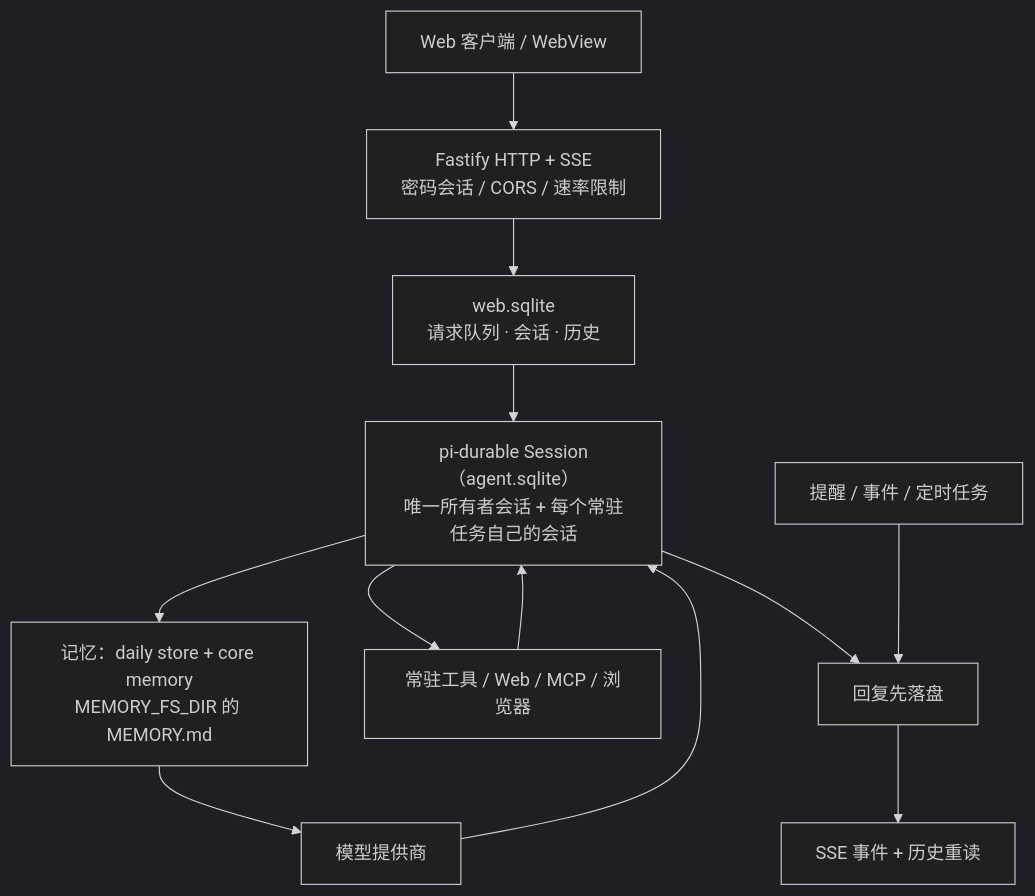
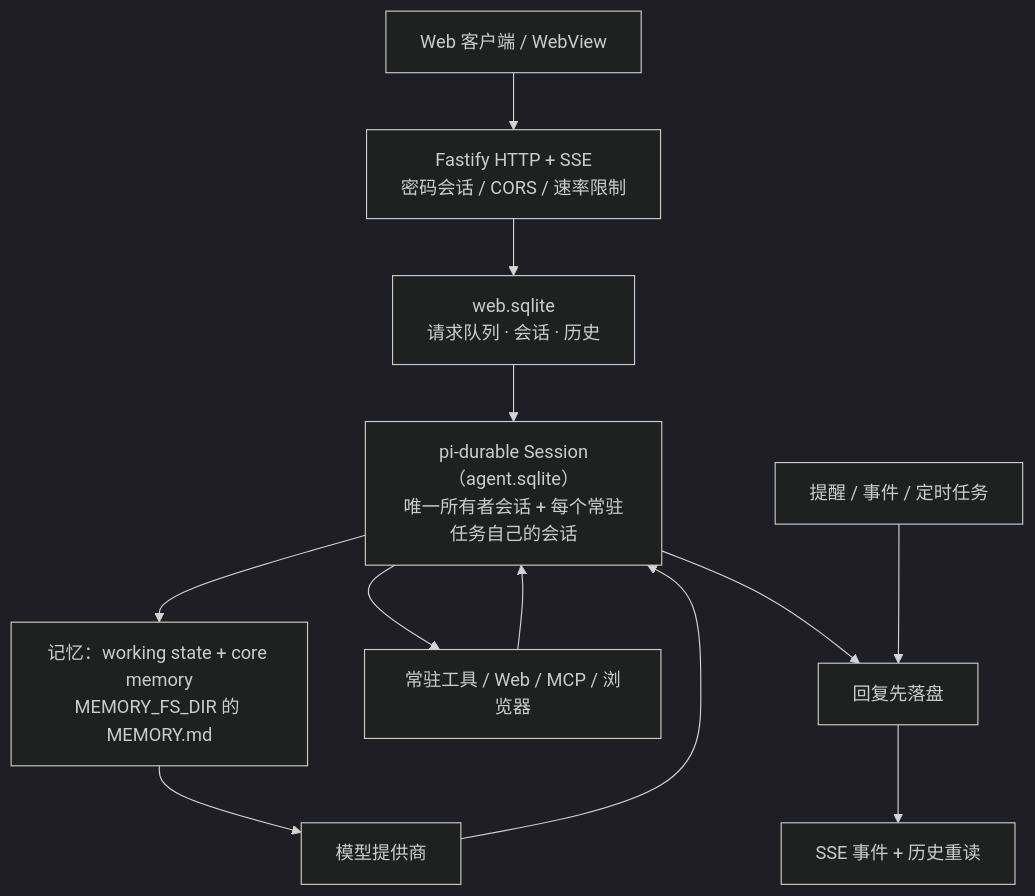
Before and after one commit to NaoYUN77/Aster: the diagram in README.md, drawn with Mermaid (dark theme). The commit also changed other lines of this file and 34 other files, not shown here.

````diff
--- a/README.md
+++ b/README.md
@@ -15,14 +15,14 @@
 ```mermaid
 flowchart TB
   client["Web 客户端 / WebView"] --> http["Fastify HTTP + SSE<br/>密码会话 / CORS / 速率限制"]
   http --> store["web.sqlite<br/>请求队列 · 会话 · 历史"]
   store --> runtime["pi-durable Session（agent.sqlite）<br/>唯一所有者会话 + 每个常驻任务自己的会话"]
-  runtime --> memory["记忆：daily store + core memory<br/>MEMORY_FS_DIR 的 MEMORY.md"]
+  runtime --> memory["记忆：working state + core memory<br/>MEMORY_FS_DIR 的 MEMORY.md"]
   runtime --> tools["常驻工具 / Web / MCP / 浏览器"]
   memory --> model["模型提供商"]
   tools --> runtime
   model --> runtime
   runtime --> saved["回复先落盘"]
   saved --> sse["SSE 事件 + 历史重读"]
   routines["提醒 / 事件 / 定时任务"] --> saved
 ```
````
